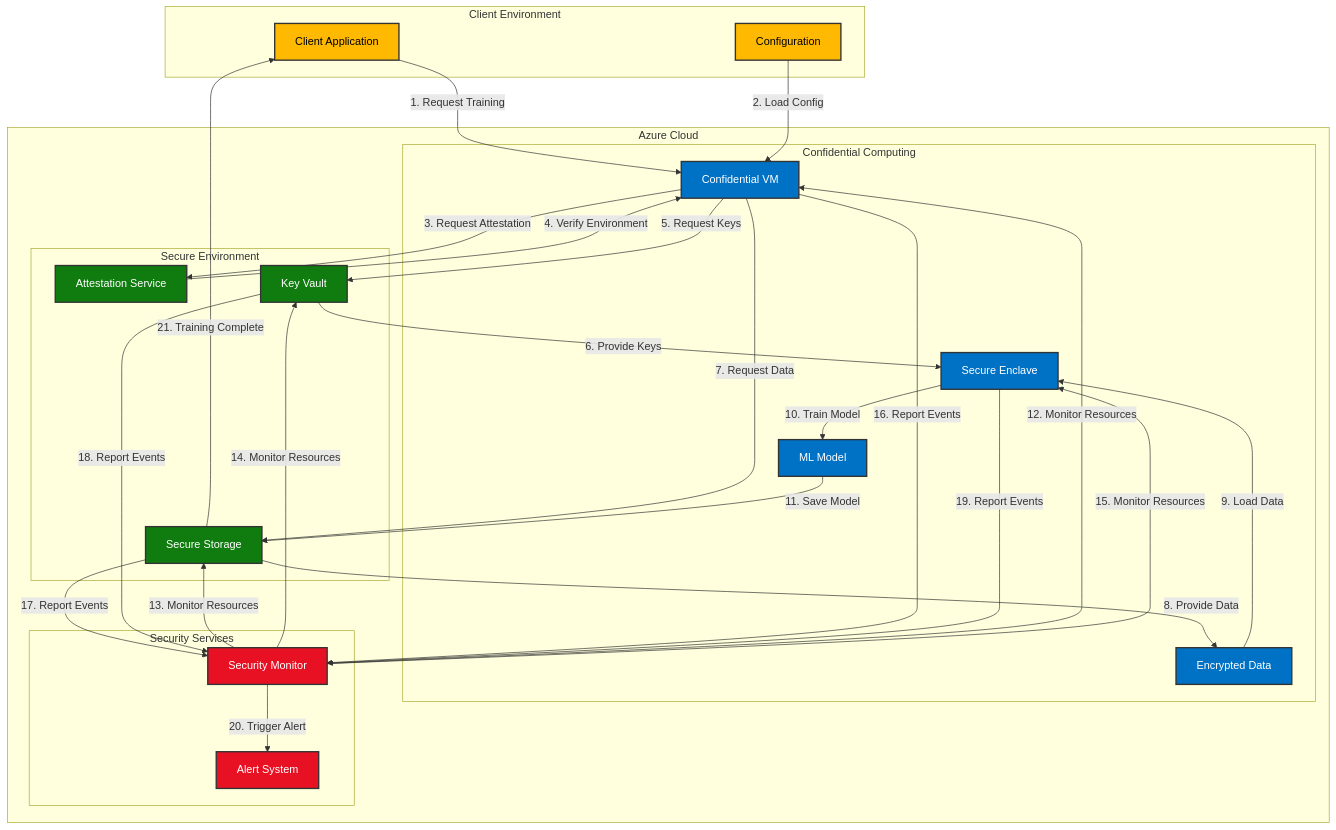
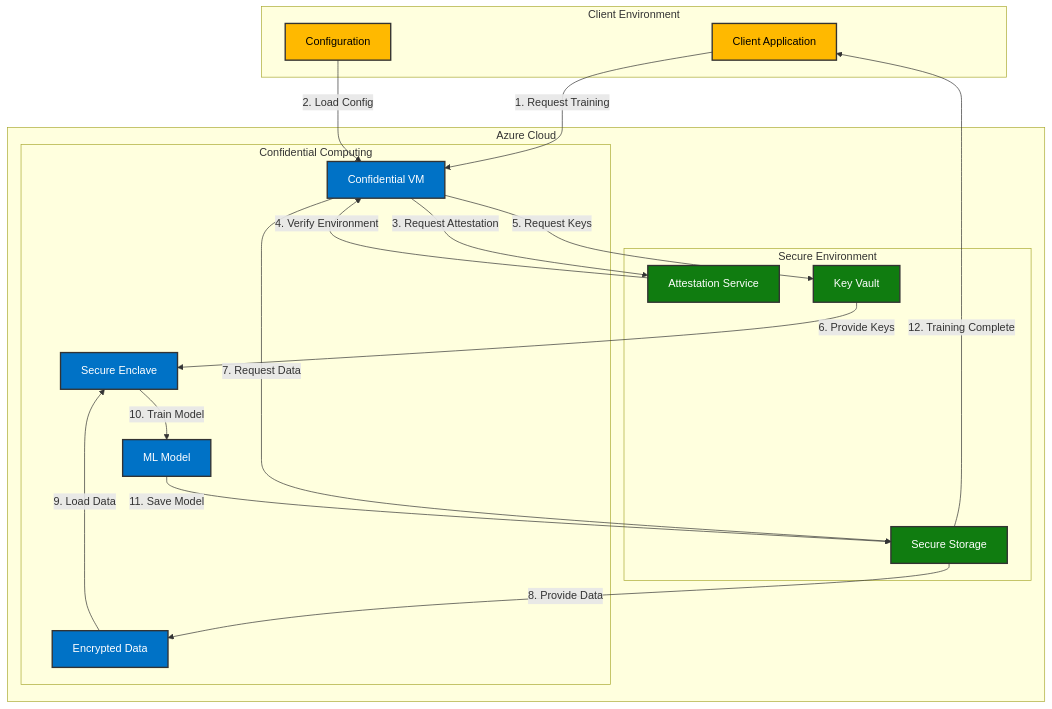
One commit to gitmujoshi/confidentialcomputingplatform changed the diagram in docs/LogicalArchitecture.md. Above: the diagram before and after it, drawn with Mermaid. The commit also changed other lines of this file, not shown here.

Commit message:
updated diagrams

````diff
--- a/docs/LogicalArchitecture.md
+++ b/docs/LogicalArchitecture.md
@@ -9,74 +9,52 @@
 ```mermaid
 graph TB
     subgraph "Client Environment"
         Client[Client Application]
         Config[Configuration]
     end
 
     subgraph "Azure Cloud"
         subgraph "Secure Environment"
             Attest[Attestation Service]
             KeyVault[Key Vault]
             Storage[Secure Storage]
         end
 
         subgraph "Confidential Computing"
             VM[Confidential VM]
             Enclave[Secure Enclave]
             Model[ML Model]
             Data[Encrypted Data]
-        end
-
-        subgraph "Security Services"
-            Monitor[Security Monitor]
-            Alert[Alert System]
         end
     end
 
     %% Client Interactions
     Client -->|1. Request Training| VM
     Config -->|2. Load Config| VM
 
     %% Environment Verification
     VM -->|3. Request Attestation| Attest
     Attest -->|4. Verify Environment| VM
 
     %% Resource Access
     VM -->|5. Request Keys| KeyVault
     KeyVault -->|6. Provide Keys| Enclave
     VM -->|7. Request Data| Storage
     Storage -->|8. Provide Data| Data
 
     %% Training Process
     Data -->|9. Load Data| Enclave
     Enclave -->|10. Train Model| Model
     Model -->|11. Save Model| Storage
 
-    %% Security Monitoring
-    Monitor -->|12. Monitor Resources| VM
-    Monitor -->|13. Monitor Resources| Storage
-    Monitor -->|14. Monitor Resources| KeyVault
-    Monitor -->|15. Monitor Resources| Enclave
-
-    %% Security Events
-    VM -->|16. Report Events| Monitor
-    Storage -->|17. Report Events| Monitor
-    KeyVault -->|18. Report Events| Monitor
-    Enclave -->|19. Report Events| Monitor
-
-    %% Alert System
-    Monitor -->|20. Trigger Alert| Alert
-
     %% Completion
-    Storage -->|21. Training Complete| Client
+    Storage -->|12. Training Complete| Client
 
     classDef azure fill:#0072C6,stroke:#333,stroke-width:2px,color:white;
     classDef secure fill:#107C10,stroke:#333,stroke-width:2px,color:white;
     classDef client fill:#FFB900,stroke:#333,stroke-width:2px,color:black;
-    classDef security fill:#E81123,stroke:#333,stroke-width:2px,color:white;
 
     class Client,Config client;
     class Attest,KeyVault,Storage secure;
     class VM,Enclave,Model,Data azure;
-    class Monitor,Alert security;
 ```
````
